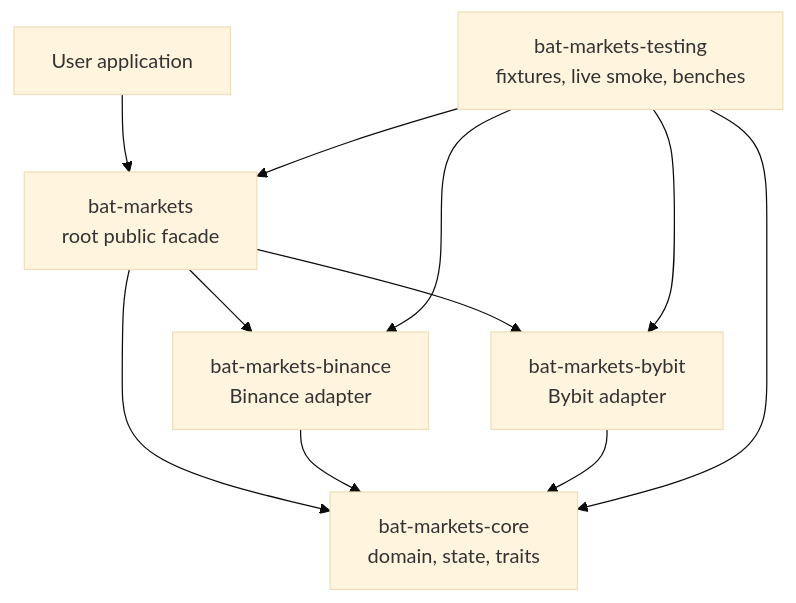
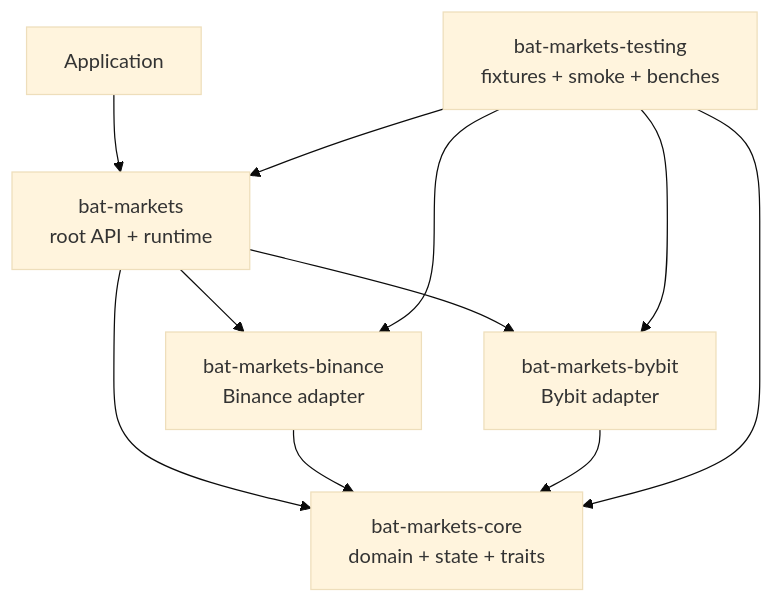
The first of 5 diagrams in docs/architecture.md (bat-markets/bat-markets), drawn with Mermaid (base theme) before and after one commit. The commit also changed other lines of this file and 16 other files, not shown here.

Commit message:
Simplify public API documentation

````diff
--- a/docs/architecture.md
+++ b/docs/architecture.md
@@ -160,20 +57,20 @@
 ```mermaid
 flowchart TB
-    App["User application"]
-    Facade["bat-markets<br/>root public facade"]
-    Core["bat-markets-core<br/>domain, state, traits"]
+    App["Application"]
+    Facade["bat-markets<br/>root API + runtime"]
+    Core["bat-markets-core<br/>domain + state + traits"]
     Binance["bat-markets-binance<br/>Binance adapter"]
     Bybit["bat-markets-bybit<br/>Bybit adapter"]
-    Testing["bat-markets-testing<br/>fixtures, live smoke, benches"]
+    Testing["bat-markets-testing<br/>fixtures + smoke + benches"]
 
     App --> Facade
     Facade --> Core
     Facade --> Binance
     Facade --> Bybit
     Binance --> Core
     Bybit --> Core
     Testing --> Facade
     Testing --> Core
     Testing --> Binance
     Testing --> Bybit
 ```
````
